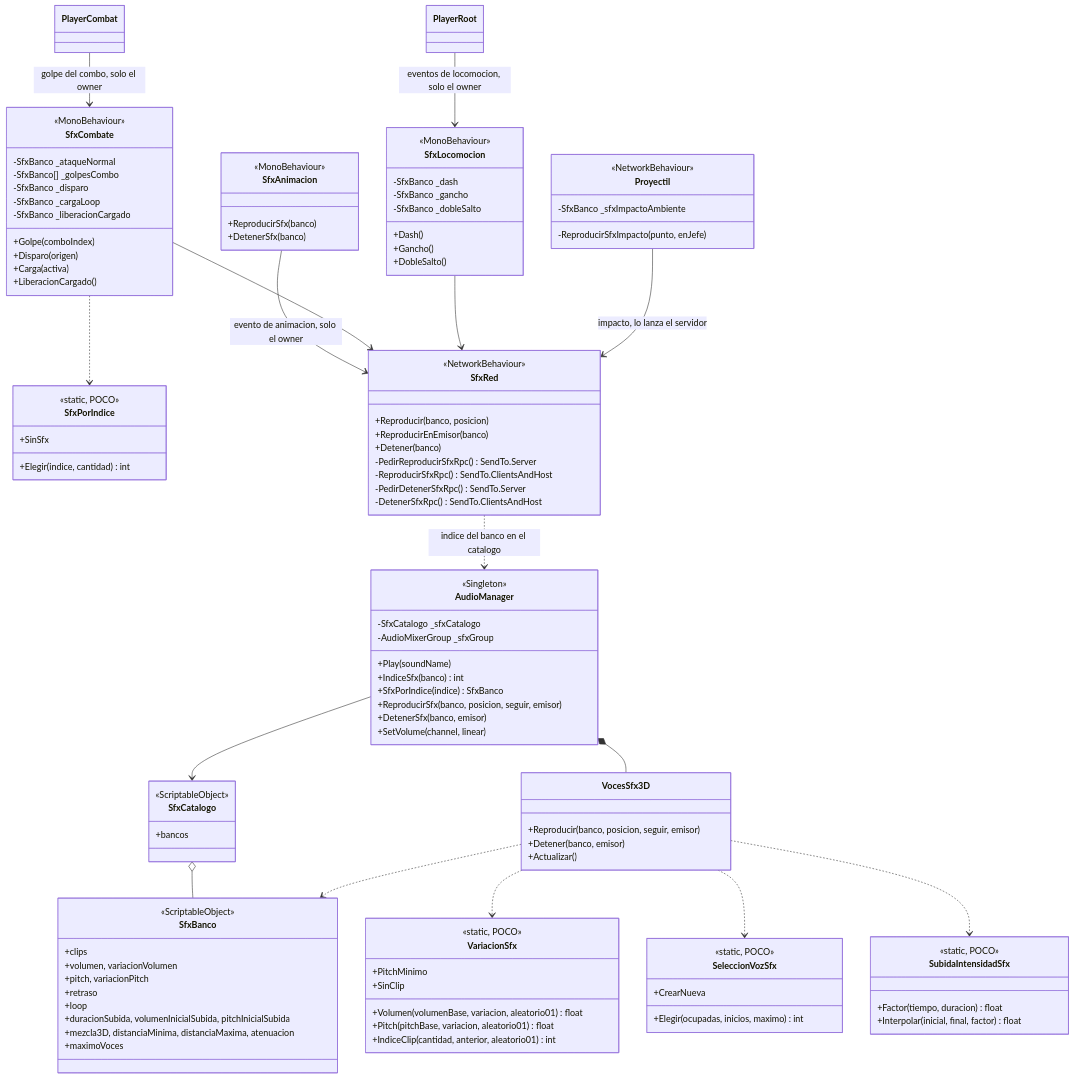
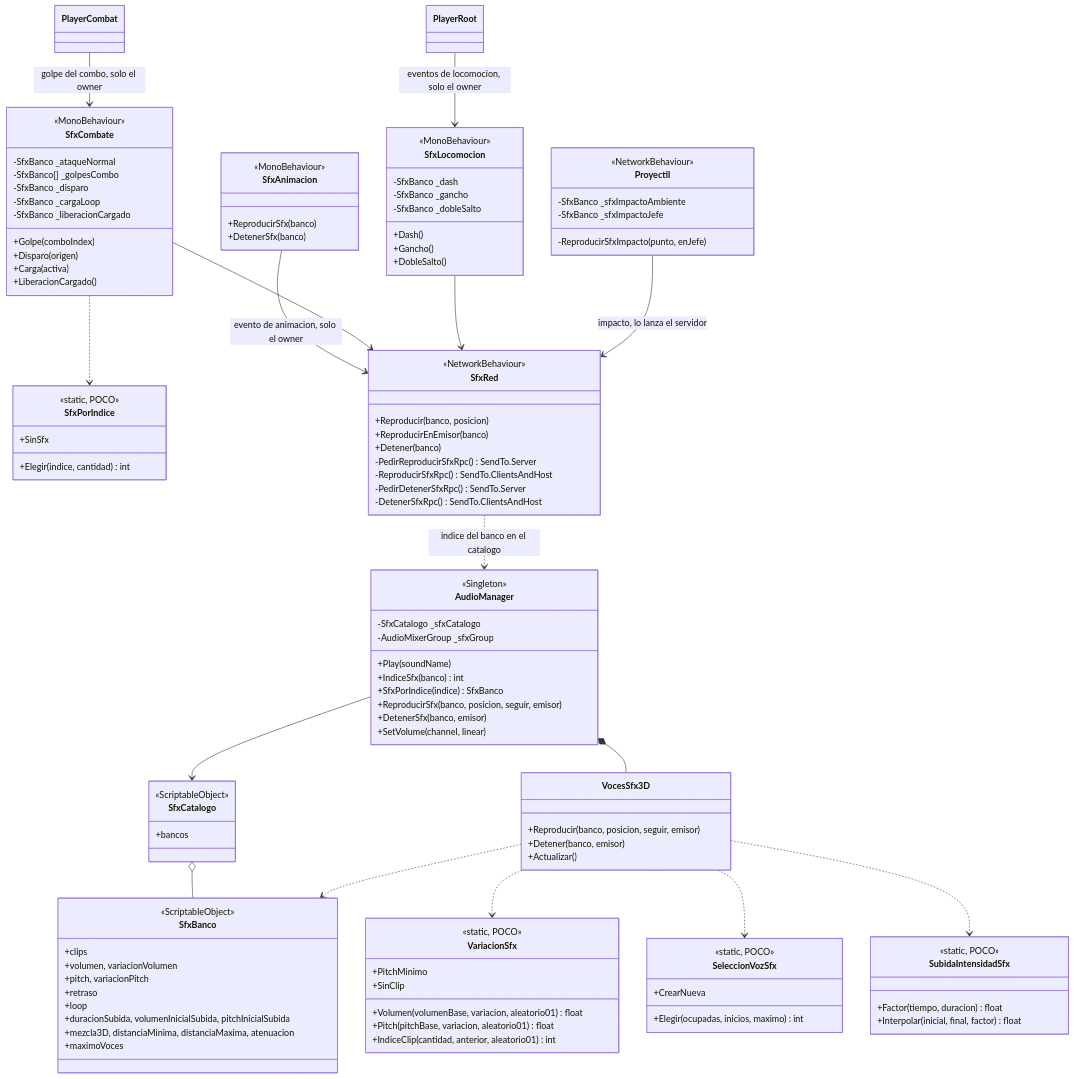
One commit to VicBojoDev10/DeathOfMeaningRepo changed the diagram in docs/diagrams/audio.mermaid. Above: the diagram before and after it, drawn with Mermaid.

Commit message:
doc: add boss bullet impact sound to the audio diagram

```diff
--- a/docs/diagrams/audio.mermaid
+++ b/docs/diagrams/audio.mermaid
@@ -1,124 +1,125 @@
 classDiagram
     class VariacionSfx {
         <<static, POCO>>
         +PitchMinimo
         +SinClip
         +Volumen(volumenBase, variacion, aleatorio01) float
         +Pitch(pitchBase, variacion, aleatorio01) float
         +IndiceClip(cantidad, anterior, aleatorio01) int
     }
 
     class SeleccionVozSfx {
         <<static, POCO>>
         +CrearNueva
         +Elegir(ocupadas, inicios, maximo) int
     }
 
     class SfxPorIndice {
         <<static, POCO>>
         +SinSfx
         +Elegir(indice, cantidad) int
     }
 
     class SfxCombate {
         <<MonoBehaviour>>
         -SfxBanco _ataqueNormal
         -SfxBanco[] _golpesCombo
         -SfxBanco _disparo
         -SfxBanco _cargaLoop
         -SfxBanco _liberacionCargado
         +Golpe(comboIndex)
         +Disparo(origen)
         +Carga(activa)
         +LiberacionCargado()
     }
 
     class SfxLocomocion {
         <<MonoBehaviour>>
         -SfxBanco _dash
         -SfxBanco _gancho
         -SfxBanco _dobleSalto
         +Dash()
         +Gancho()
         +DobleSalto()
     }
 
     class Proyectil {
         <<NetworkBehaviour>>
         -SfxBanco _sfxImpactoAmbiente
+        -SfxBanco _sfxImpactoJefe
         -ReproducirSfxImpacto(punto, enJefe)
     }
 
     class SubidaIntensidadSfx {
         <<static, POCO>>
         +Factor(tiempo, duracion) float
         +Interpolar(inicial, final, factor) float
     }
 
     class SfxBanco {
         <<ScriptableObject>>
         +clips
         +volumen, variacionVolumen
         +pitch, variacionPitch
         +retraso
         +loop
         +duracionSubida, volumenInicialSubida, pitchInicialSubida
         +mezcla3D, distanciaMinima, distanciaMaxima, atenuacion
         +maximoVoces
     }
 
     class SfxCatalogo {
         <<ScriptableObject>>
         +bancos
     }
 
     class AudioManager {
         <<Singleton>>
         -SfxCatalogo _sfxCatalogo
         -AudioMixerGroup _sfxGroup
         +Play(soundName)
         +IndiceSfx(banco) int
         +SfxPorIndice(indice) SfxBanco
         +ReproducirSfx(banco, posicion, seguir, emisor)
         +DetenerSfx(banco, emisor)
         +SetVolume(channel, linear)
     }
 
     class VocesSfx3D {
         +Reproducir(banco, posicion, seguir, emisor)
         +Detener(banco, emisor)
         +Actualizar()
     }
 
     class SfxRed {
         <<NetworkBehaviour>>
         +Reproducir(banco, posicion)
         +ReproducirEnEmisor(banco)
         +Detener(banco)
         -PedirReproducirSfxRpc() SendTo.Server
         -ReproducirSfxRpc() SendTo.ClientsAndHost
         -PedirDetenerSfxRpc() SendTo.Server
         -DetenerSfxRpc() SendTo.ClientsAndHost
     }
 
     class SfxAnimacion {
         <<MonoBehaviour>>
         +ReproducirSfx(banco)
         +DetenerSfx(banco)
     }
 
     SfxCatalogo o-- SfxBanco
     AudioManager --> SfxCatalogo
     AudioManager *-- VocesSfx3D
     VocesSfx3D ..> VariacionSfx
     VocesSfx3D ..> SeleccionVozSfx
     VocesSfx3D ..> SfxBanco
     SfxRed ..> AudioManager : indice del banco en el catalogo
     SfxAnimacion --> SfxRed : evento de animacion, solo el owner
     PlayerCombat --> SfxCombate : golpe del combo, solo el owner
     SfxCombate ..> SfxPorIndice
     SfxCombate --> SfxRed
     VocesSfx3D ..> SubidaIntensidadSfx
     PlayerRoot --> SfxLocomocion : eventos de locomocion, solo el owner
     SfxLocomocion --> SfxRed
     Proyectil --> SfxRed : impacto, lo lanza el servidor
```
